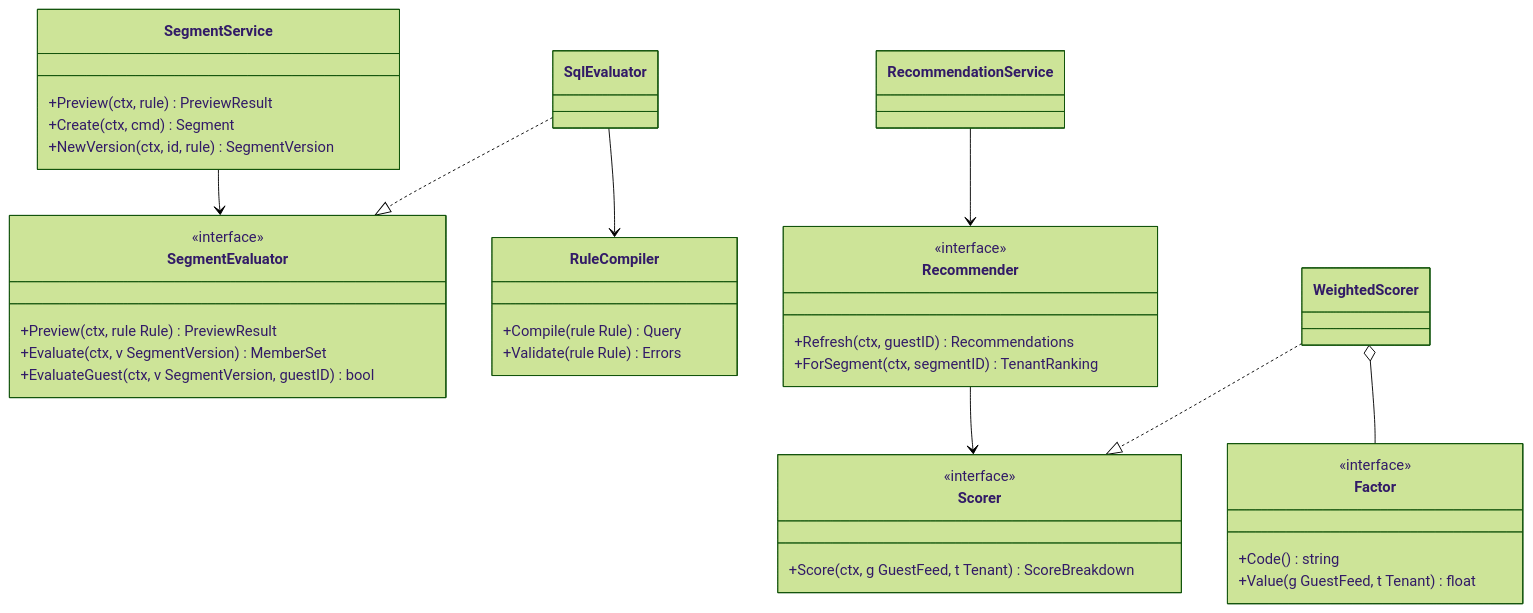
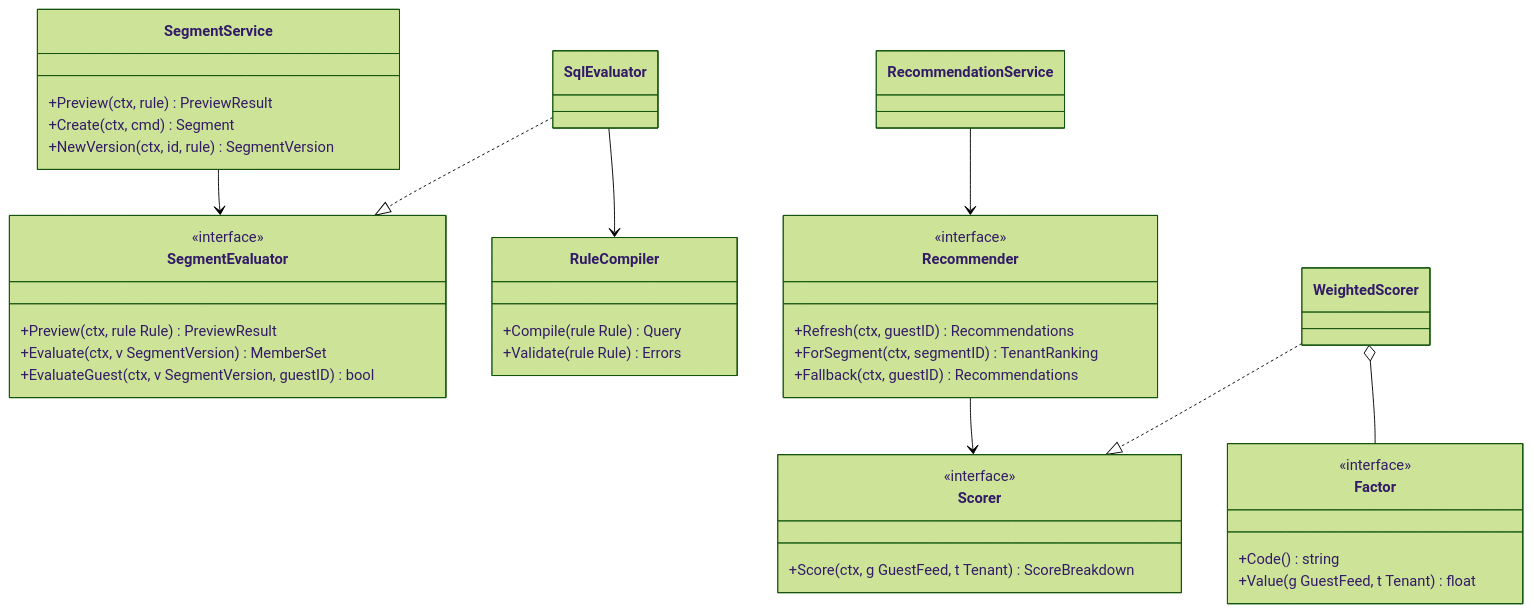
Before and after one commit to MangriMen/UCRP: the fourth of 6 diagrams in docs/10-class-diagram.md, drawn with Mermaid (forest theme). The commit also changed other lines of this file and 20 other files, not shown here.

````diff
--- a/docs/10-class-diagram.md
+++ b/docs/10-class-diagram.md
@@ -170,41 +170,42 @@
 ```mermaid
 classDiagram
   class SegmentEvaluator {
     <<interface>>
     +Preview(ctx, rule Rule) PreviewResult
     +Evaluate(ctx, v SegmentVersion) MemberSet
     +EvaluateGuest(ctx, v SegmentVersion, guestID) bool
   }
   class RuleCompiler {
     +Compile(rule Rule) Query
     +Validate(rule Rule) Errors
   }
   class SqlEvaluator
   class SegmentService {
     +Preview(ctx, rule) PreviewResult
     +Create(ctx, cmd) Segment
     +NewVersion(ctx, id, rule) SegmentVersion
   }
   class Recommender {
     <<interface>>
     +Refresh(ctx, guestID) Recommendations
     +ForSegment(ctx, segmentID) TenantRanking
+    +Fallback(ctx, guestID) Recommendations
   }
   class Scorer {
     <<interface>>
     +Score(ctx, g GuestFeed, t Tenant) ScoreBreakdown
   }
   class WeightedScorer
   class Factor {
     <<interface>>
     +Code() string
     +Value(g GuestFeed, t Tenant) float
   }
   SqlEvaluator ..|> SegmentEvaluator
   SqlEvaluator --> RuleCompiler
   SegmentService --> SegmentEvaluator
   WeightedScorer ..|> Scorer
   WeightedScorer o-- Factor
   RecommendationService --> Recommender
   Recommender --> Scorer
 ```
````
